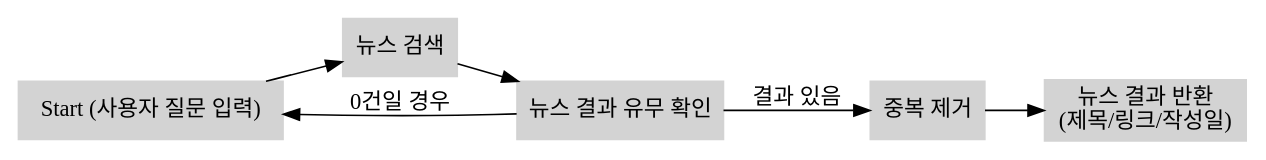
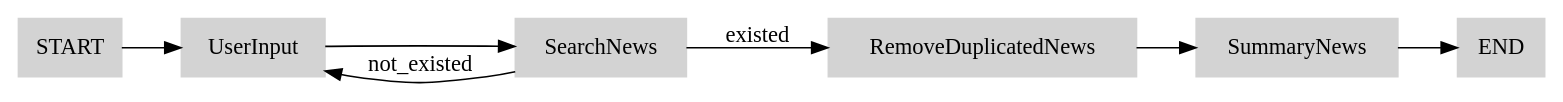
One commit to xi-jjun/cs-helper changed the diagram in news_agent/logic_flow.dot. Above: the diagram before and after it, drawn with Graphviz. The commit also changed 1 other file, not shown here.

Commit message:
#10 : Flow chart v1.1 추가 (인터페이스 코드 기준으로 수정)

```diff
--- a/news_agent/logic_flow.dot
+++ b/news_agent/logic_flow.dot
@@ -1,18 +1,13 @@
-digraph NewsAgentFlow {
+digraph NewsAgent {
     rankdir=LR;
     node [shape=box, style=filled, color=lightgray];
 
-    // node 정의
-    Start [label="Start (사용자 질문 입력)"];
-    search_news [label="뉴스 검색"];
-    check_search_result [label="뉴스 결과 유무 확인"];
-    remove_duplicate [label="중복 제거"];
-    generate_response [label="뉴스 결과 반환\n(제목/링크/작성일)"];
+    START -> UserInput;
+    UserInput -> SearchNews;
 
-    // edge 연결
-    Start -> search_news;
-    search_news -> check_search_result;
-    check_search_result -> remove_duplicate [label="결과 있음"];
-    check_search_result -> Start [label="0건일 경우"];
-    remove_duplicate -> generate_response;
+    SearchNews -> RemoveDuplicatedNews [label="existed"];
+    SearchNews -> UserInput [label="not_existed"];
+
+    RemoveDuplicatedNews -> SummaryNews;
+    SummaryNews -> END;
 }
```
